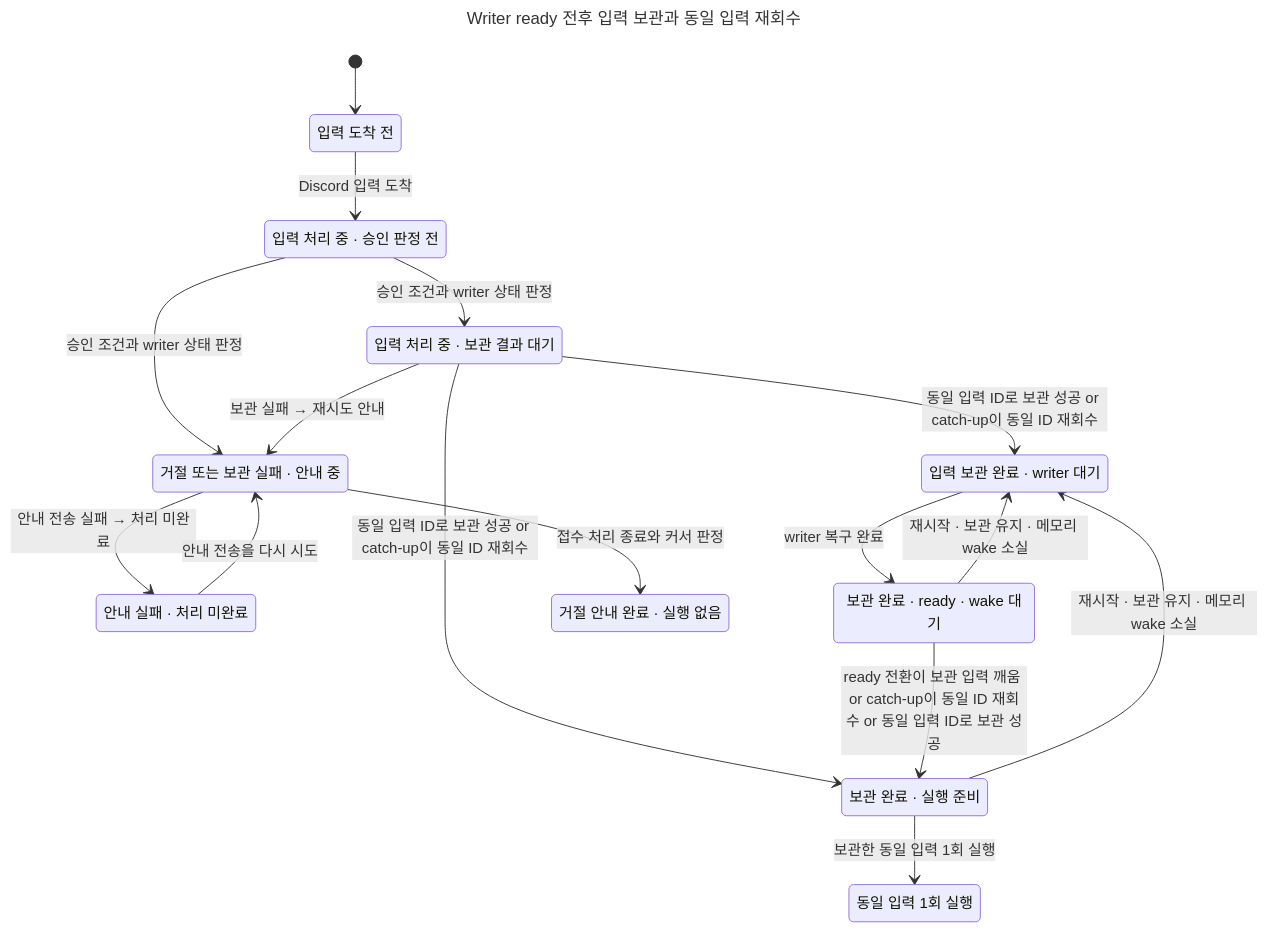
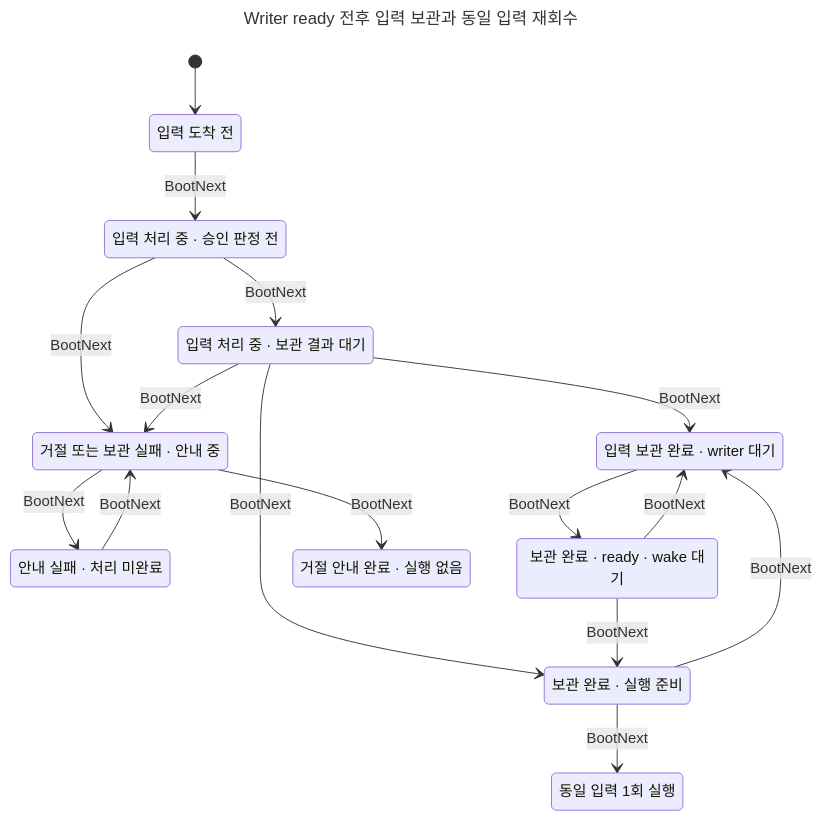
Before and after one commit to itismyfield/AgentDesk: the diagram in docs/statecharts/tui-o-writer/i8055-writer-design.chart.mmd, drawn with Mermaid. The commit also changed 15 other files, not shown here.

```diff
--- a/docs/statecharts/tui-o-writer/i8055-writer-design.chart.mmd
+++ b/docs/statecharts/tui-o-writer/i8055-writer-design.chart.mmd
@@ -1,29 +1,29 @@
 ---
 title: "Writer ready 전후 입력 보관과 동일 입력 재회수"
 ---
 stateDiagram-v2
   s0: 입력 도착 전
   s1: 입력 처리 중 #183; 승인 판정 전
   s2: 입력 처리 중 #183; 보관 결과 대기
   s3: 거절 또는 보관 실패 #183; 안내 중
   s4: 입력 보관 완료 #183; writer 대기
   s5: 안내 실패 #183; 처리 미완료
   s6: 보관 완료 #183; ready #183; wake 대기
   s7: 보관 완료 #183; 실행 준비
   s8: 거절 안내 완료 #183; 실행 없음
   s9: 동일 입력 1회 실행
   [*] --> s0
-  s0 --> s1: Discord 입력 도착
-  s1 --> s2: 승인 조건과 writer 상태 판정
-  s1 --> s3: 승인 조건과 writer 상태 판정
-  s2 --> s4: 동일 입력 ID로 보관 성공 or catch-up이 동일 ID 재회수
-  s2 --> s3: 보관 실패 #8594; 재시도 안내
-  s3 --> s5: 안내 전송 실패 #8594; 처리 미완료
-  s4 --> s6: writer 복구 완료
-  s2 --> s7: 동일 입력 ID로 보관 성공 or catch-up이 동일 ID 재회수
-  s5 --> s3: 안내 전송을 다시 시도
-  s3 --> s8: 접수 처리 종료와 커서 판정
-  s6 --> s4: 재시작 #183; 보관 유지 #183; 메모리 wake 소실
-  s6 --> s7: ready 전환이 보관 입력 깨움 or catch-up이 동일 ID 재회수 or 동일 입력 ID로 보관 성공
-  s7 --> s4: 재시작 #183; 보관 유지 #183; 메모리 wake 소실
-  s7 --> s9: 보관한 동일 입력 1회 실행
+  s0 --> s1: BootNext
+  s1 --> s2: BootNext
+  s1 --> s3: BootNext
+  s2 --> s4: BootNext
+  s2 --> s3: BootNext
+  s3 --> s5: BootNext
+  s4 --> s6: BootNext
+  s2 --> s7: BootNext
+  s5 --> s3: BootNext
+  s3 --> s8: BootNext
+  s6 --> s4: BootNext
+  s6 --> s7: BootNext
+  s7 --> s4: BootNext
+  s7 --> s9: BootNext
```
